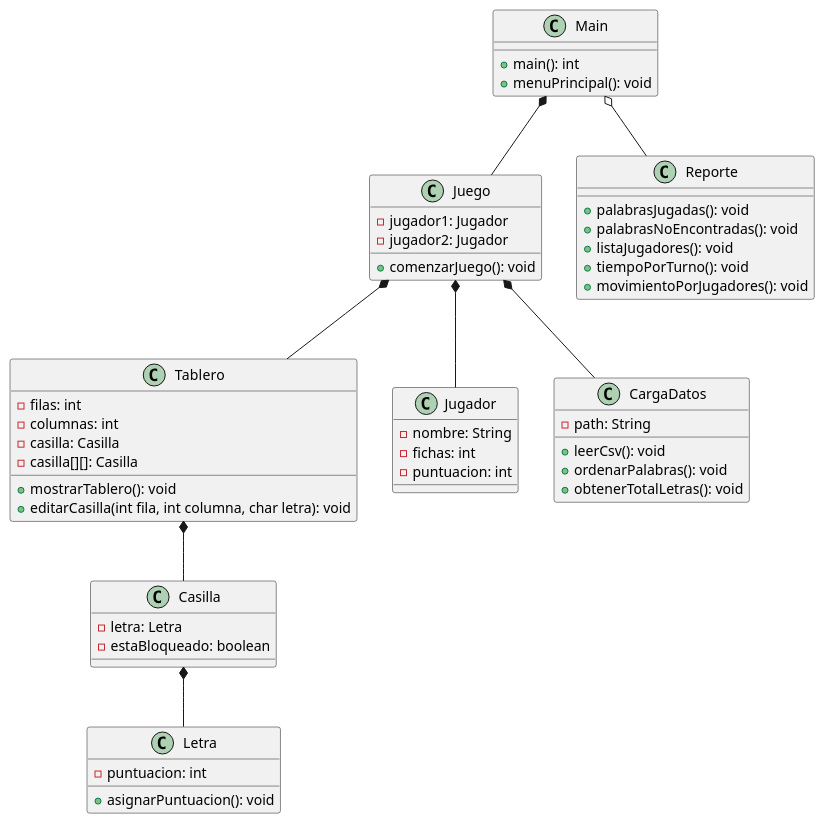
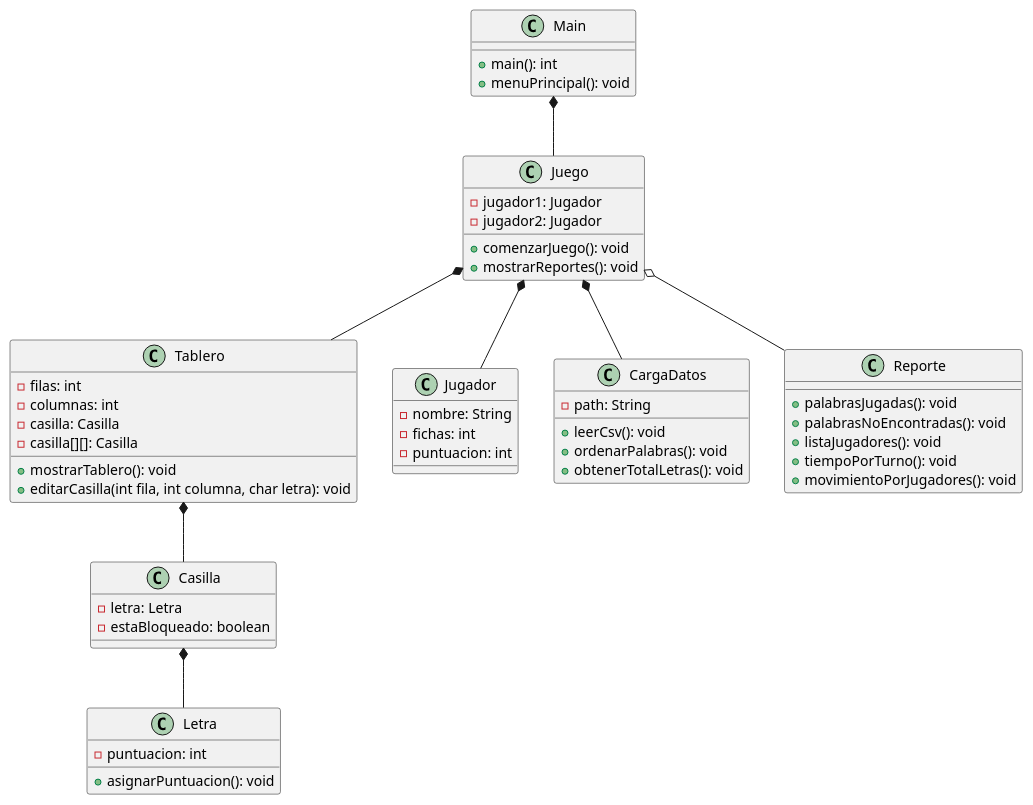
One commit to MichaelMarinReyes/Scrabble changed the diagram in Documentación/DiagramaDeClases.wsd. Above: the diagram before and after it, drawn with PlantUML. The commit also changed 62 other files, not shown here.

```diff
--- a/Documentación/DiagramaDeClases.wsd
+++ b/Documentación/DiagramaDeClases.wsd
@@ -1,63 +1,64 @@
 @startuml Scrabble
 
 class Main {
     + main(): int
     + menuPrincipal(): void
 }
 
 class Juego {
     - jugador1: Jugador
     - jugador2: Jugador
     + comenzarJuego(): void
+    + mostrarReportes(): void
 }
 
 class Tablero {
     - filas: int
     - columnas: int
     - casilla: Casilla
     - casilla[][]: Casilla
     + mostrarTablero(): void
     + editarCasilla(int fila, int columna, char letra): void
 }
 
 class Casilla {
     - letra: Letra
     - estaBloqueado: boolean
 
 }
 
 class Letra {
     - puntuacion: int
     + asignarPuntuacion(): void
 }
 
 class Jugador {
     - nombre: String
     - fichas: int
     - puntuacion: int
 }
 
 class CargaDatos {
     - path: String
     + leerCsv(): void
     + ordenarPalabras(): void
     + obtenerTotalLetras(): void
 }
 
 class Reporte {
     + palabrasJugadas(): void
     + palabrasNoEncontradas(): void
     + listaJugadores(): void
     + tiempoPorTurno(): void
     + movimientoPorJugadores(): void
 }
 
 Tablero *-- Casilla
 Casilla *-- Letra
 Main *-- Juego
-Main o-- Reporte
+Juego o-- Reporte
 Juego *-- Tablero
 Juego *-- Jugador
 Juego *-- CargaDatos
 
 @enduml
```
